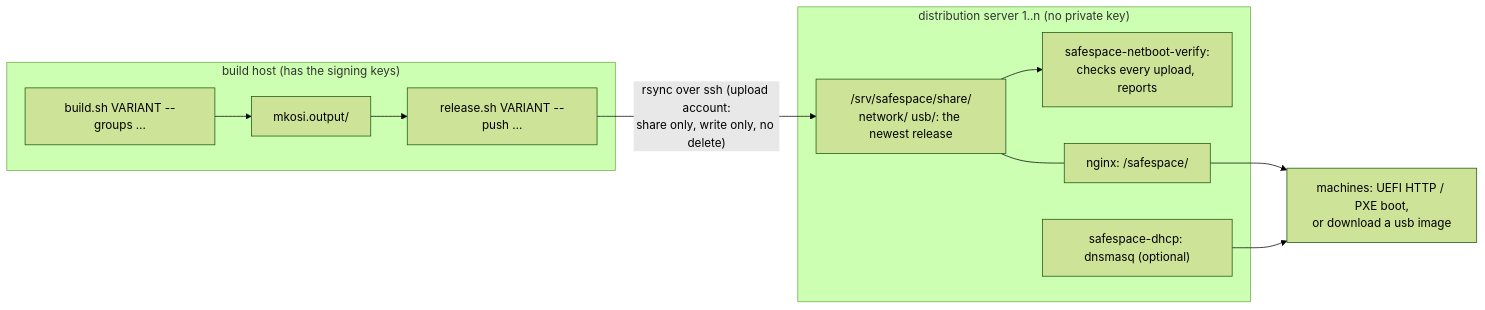
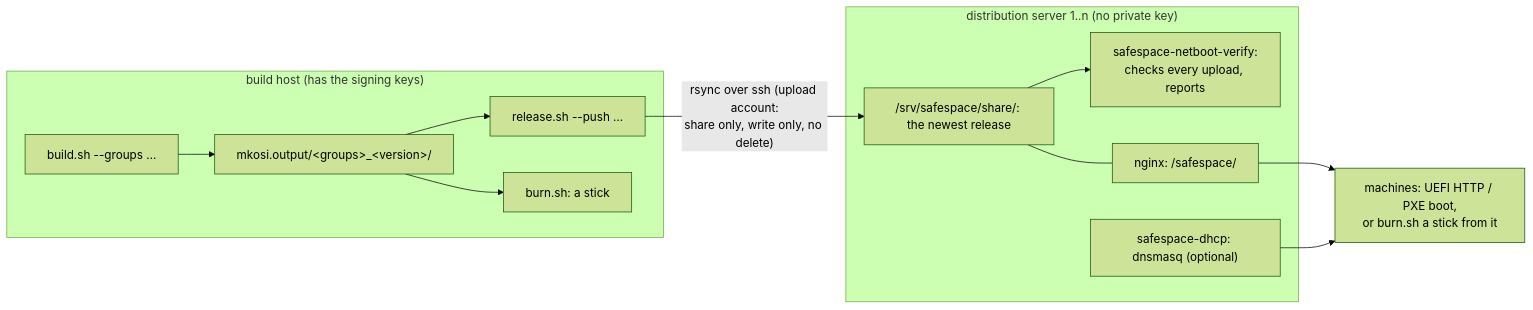
The diagram in README.md (tpm2-trust/safearch), drawn with Mermaid (forest theme) before and after one commit. The commit also changed other lines of this file and 35 other files, not shown here.

Commit message:
unfiying network and usb images

````diff
--- a/README.md
+++ b/README.md
@@ -39,18 +41,19 @@
 ```mermaid
 flowchart LR
   subgraph B["build host (has the signing keys)"]
-    BS["build.sh VARIANT --groups …"] --> O["mkosi.output/"]
-    O --> R["release.sh VARIANT --push …"]
+    BS["build.sh --groups …"] --> O["mkosi.output/&lt;groups&gt;_&lt;version&gt;/"]
+    O --> R["release.sh --push …"]
+    O --> K["burn.sh: a stick"]
   end
   R -- "rsync over ssh (upload account:<br/>share only, write only, no delete)" --> SH
   subgraph S["distribution server 1..n (no private key)"]
-    SH["/srv/safespace/share/<br/>network/ usb/: the newest release"]
+    SH["/srv/safespace/share/: the newest release"]
     V["safespace-netboot-verify:<br/>checks every upload, reports"]
     N["nginx: /safespace/"]
     D["safespace-dhcp: dnsmasq (optional)"]
   end
   SH --> V
   SH --- N
-  N --> M["machines: UEFI HTTP / PXE boot,<br/>or download a usb image"]
+  N --> M["machines: UEFI HTTP / PXE boot,<br/>or burn.sh a stick from it"]
   D --> M
 ```
````
